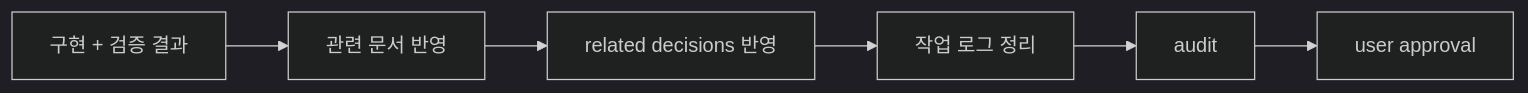
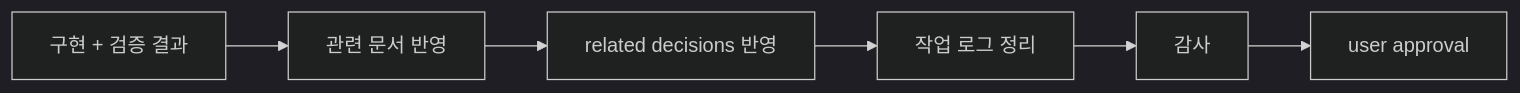
One commit to JisungValue/harness-kit changed the ninth of 9 diagrams in README.md. Above: the diagram before and after it, drawn with Mermaid (dark theme). The commit also changed other lines of this file, not shown here.

Commit message:
refocus README on downstream harness flow

````diff
--- a/README.md
+++ b/README.md
@@ -189,8 +154,8 @@
 ```mermaid
 flowchart LR
     A[구현 + 검증 결과] --> B[관련 문서 반영]
     B --> C[related decisions 반영]
     C --> D[작업 로그 정리]
-    D --> E[audit]
+    D --> E[감사]
     E --> F[user approval]
 ```
````
